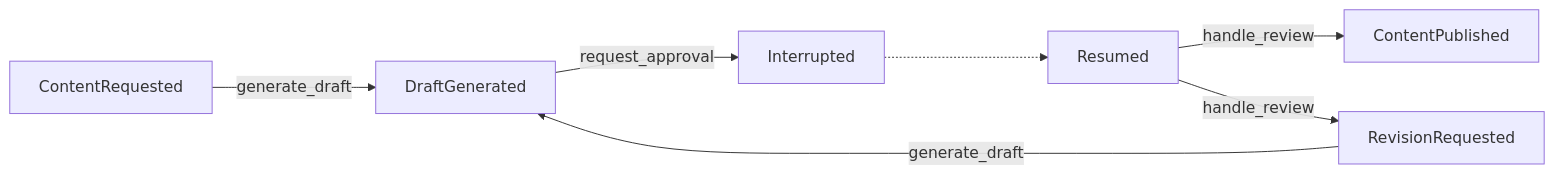
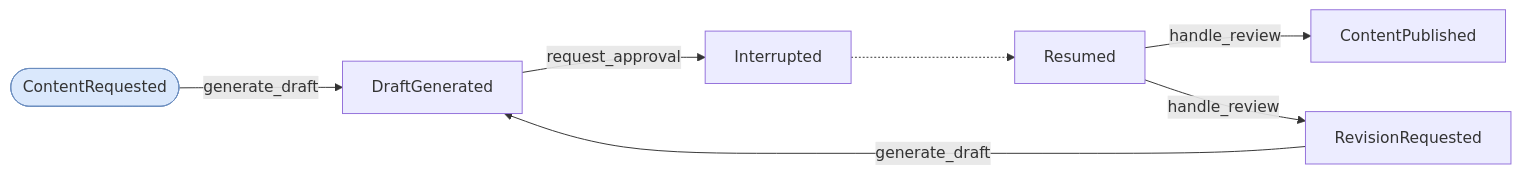
The diagram in examples/human_in_the_loop.graph.md (cadance-io/langgraph-events), drawn with Mermaid before and after one commit. The commit also changed 10 other files, not shown here.

First line of the commit message:
Add seed event styling and typed Scatter[T] to mermaid diagrams

````diff
--- a/examples/human_in_the_loop.graph.md
+++ b/examples/human_in_the_loop.graph.md
@@ -4,10 +4,12 @@
 ```mermaid
 graph LR
+    classDef seed fill:#dae8fc,stroke:#6c8ebf
+    ContentRequested([ContentRequested]):::seed
     ContentRequested -->|generate_draft| DraftGenerated
     RevisionRequested -->|generate_draft| DraftGenerated
     DraftGenerated -->|request_approval| Interrupted
     Resumed -->|handle_review| ContentPublished
     Resumed -->|handle_review| RevisionRequested
     Interrupted -.-> Resumed
 %% Side-effect handlers: audit_trail (Auditable)
 ```
````
